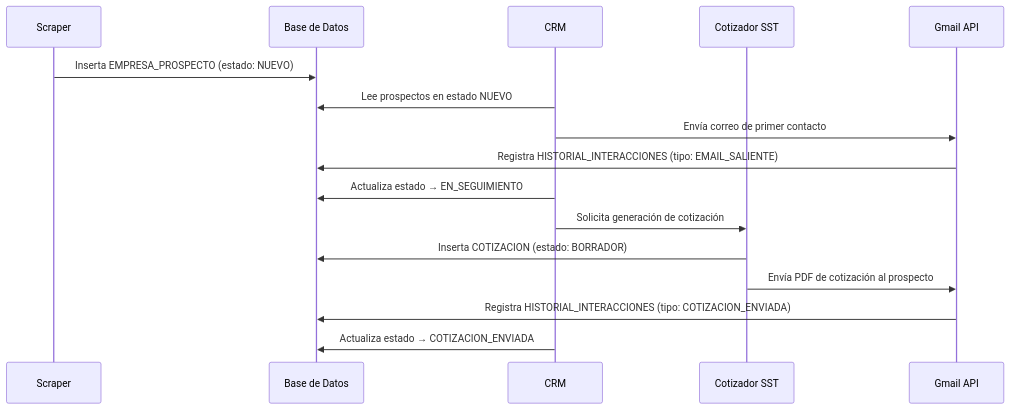
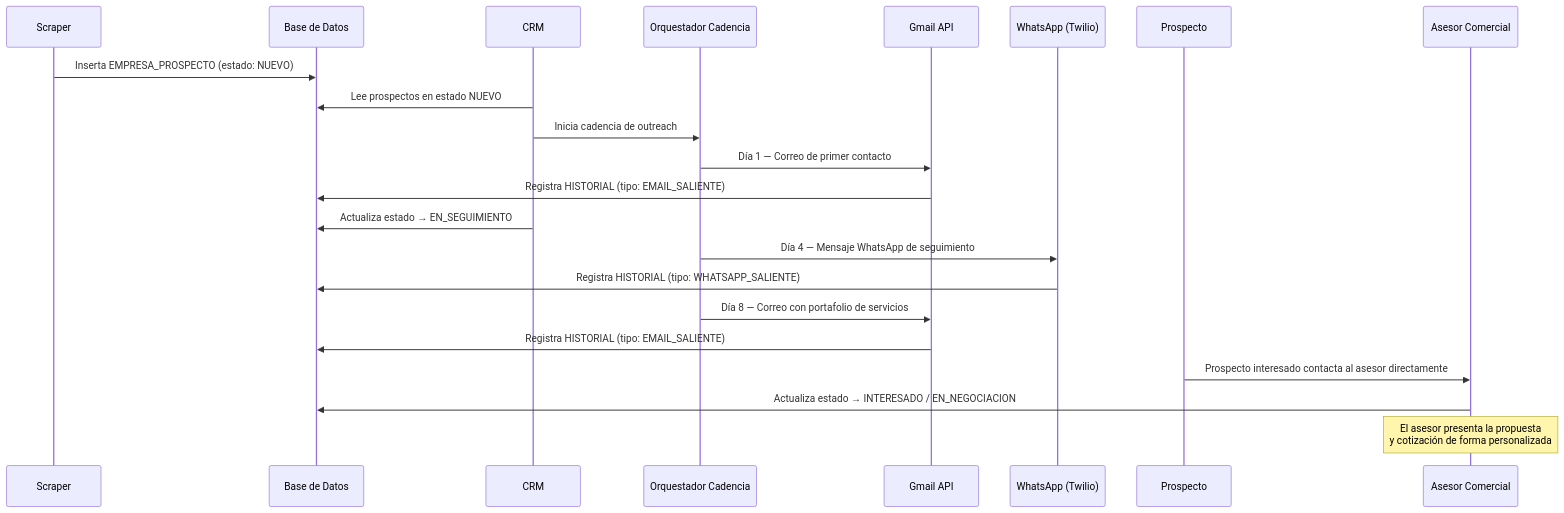
One commit to taniagisel2026-hub/SOFTWARE-COMERCIAL changed the third of 3 diagrams in docs/arquitectura_y_diseno.md. Above: the diagram before and after it, drawn with Mermaid. The commit also changed other lines of this file, not shown here.

First line of the commit message:
docs: actualiza arquitectura v1.1 con stack real y flujo comercial correcto

````diff
--- a/docs/arquitectura_y_diseno.md
+++ b/docs/arquitectura_y_diseno.md
@@ -156,19 +162,25 @@
 ```mermaid
 sequenceDiagram
     participant S  as Scraper
     participant DB as Base de Datos
     participant C  as CRM
-    participant Q  as Cotizador SST
+    participant O  as Orquestador Cadencia
     participant G  as Gmail API
+    participant W  as WhatsApp (Twilio)
+    participant P  as Prospecto
+    participant J  as Asesor Comercial
 
     S->>DB: Inserta EMPRESA_PROSPECTO (estado: NUEVO)
     C->>DB: Lee prospectos en estado NUEVO
-    C->>G: Envía correo de primer contacto
-    G->>DB: Registra HISTORIAL_INTERACCIONES (tipo: EMAIL_SALIENTE)
+    C->>O: Inicia cadencia de outreach
+    O->>G: Día 1 — Correo de primer contacto
+    G->>DB: Registra HISTORIAL (tipo: EMAIL_SALIENTE)
     C->>DB: Actualiza estado → EN_SEGUIMIENTO
-    C->>Q: Solicita generación de cotización
-    Q->>DB: Inserta COTIZACION (estado: BORRADOR)
-    Q->>G: Envía PDF de cotización al prospecto
-    G->>DB: Registra HISTORIAL_INTERACCIONES (tipo: COTIZACION_ENVIADA)
-    C->>DB: Actualiza estado → COTIZACION_ENVIADA
+    O->>W: Día 4 — Mensaje WhatsApp de seguimiento
+    W->>DB: Registra HISTORIAL (tipo: WHATSAPP_SALIENTE)
+    O->>G: Día 8 — Correo con portafolio de servicios
+    G->>DB: Registra HISTORIAL (tipo: EMAIL_SALIENTE)
+    P->>J: Prospecto interesado contacta al asesor directamente
+    J->>DB: Actualiza estado → INTERESADO / EN_NEGOCIACION
+    Note over J: El asesor presenta la propuesta<br/>y cotización de forma personalizada
 ```
````
